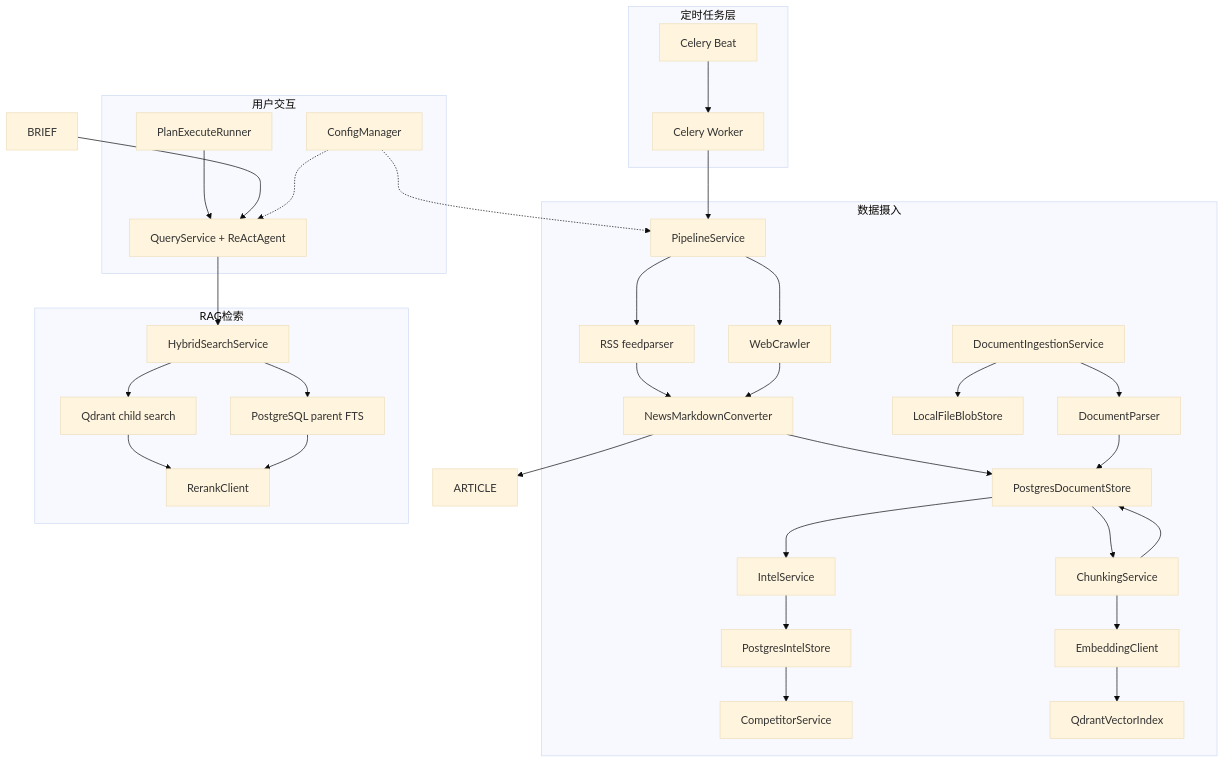
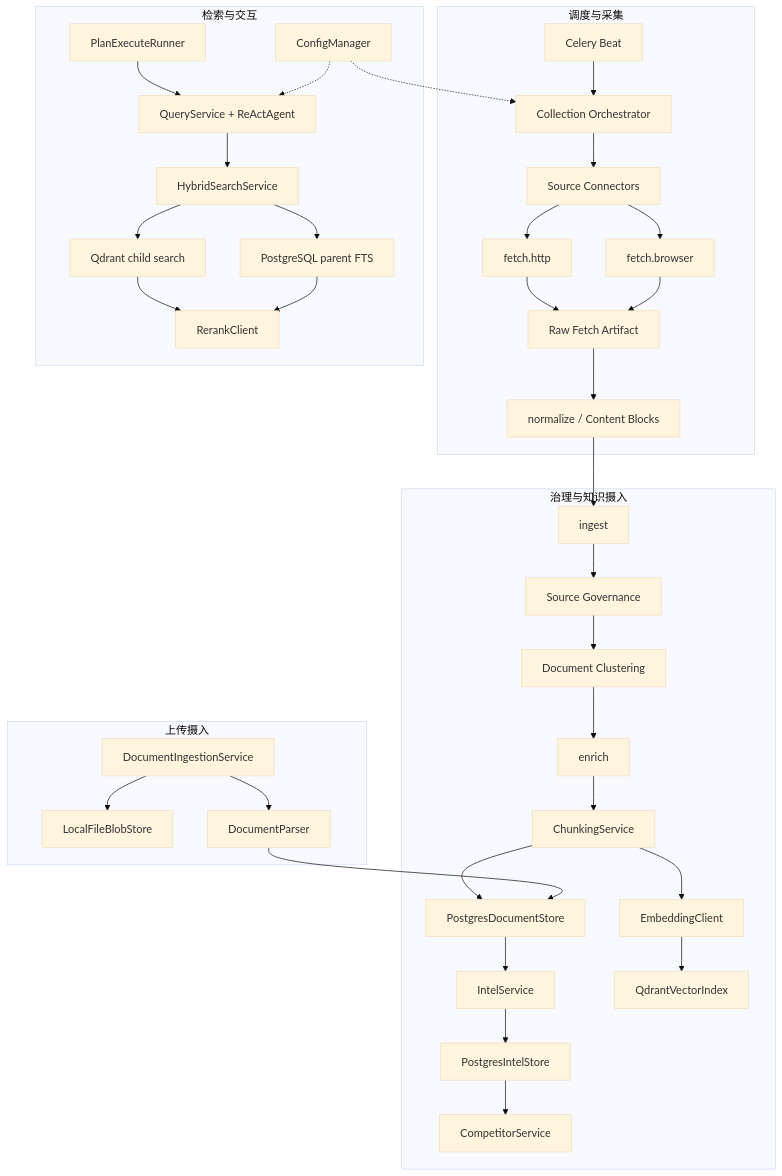
Before and after one commit to EtherealStar/InsightForge: the diagram in docs/flows/index.md, drawn with Mermaid (base theme). The commit also changed other lines of this file and 20 other files, not shown here.

Commit message:
docs(architecture): add ADRs and design docs for structured intelligence v2

````diff
--- a/docs/flows/index.md
+++ b/docs/flows/index.md
@@ -9,66 +7,66 @@
 ```mermaid
 graph TB
-    subgraph "定时任务层"
-        BEAT[Celery Beat]
-        WORKER[Celery Worker]
+    subgraph "调度与采集"
+        BEAT["Celery Beat"]
+        ORCH["Collection Orchestrator"]
+        CONNECT["Source Connectors"]
+        HTTP["fetch.http"]
+        BROWSER["fetch.browser"]
+        ARTIFACT["Raw Fetch Artifact"]
+        NORMALIZE["normalize / Content Blocks"]
     end
 
-    subgraph "数据摄入"
-        PIPELINE[PipelineService]
-        RSS[RSS feedparser]
-        CRAWL[WebCrawler]
-        MD[NewsMarkdownConverter]
-        DOC[PostgresDocumentStore]
-        INTEL[IntelService]
-        FACTS[PostgresIntelStore]
-        COMP[CompetitorService]
-        UPLOAD[DocumentIngestionService]
-        BLOB[LocalFileBlobStore]
-        PARSER[DocumentParser]
-        CHUNK[ChunkingService]
-        EMB[EmbeddingClient]
-        QD[QdrantVectorIndex]
+    subgraph "治理与知识摄入"
+        INGEST["ingest"]
+        GOVERN["Source Governance"]
+        CLUSTER["Document Clustering"]
+        ENRICH["enrich"]
+        DOC["PostgresDocumentStore"]
+        INTEL["IntelService"]
+        FACTS["PostgresIntelStore"]
+        COMP["CompetitorService"]
+        CHUNK["ChunkingService"]
+        EMB["EmbeddingClient"]
+        QD["QdrantVectorIndex"]
     end
 
-    subgraph "RAG检索"
-        HYBRID[HybridSearchService]
-        SEM[Qdrant child search]
-        KEY[PostgreSQL parent FTS]
-        RERANK[RerankClient]
+    subgraph "上传摄入"
+        UPLOAD["DocumentIngestionService"]
+        BLOB["LocalFileBlobStore"]
+        PARSER["DocumentParser"]
     end
 
-    subgraph "用户交互"
-        QUERY[QueryService + ReActAgent]
-        RESEARCH[PlanExecuteRunner]
-        CONFIG[ConfigManager]
+    subgraph "检索与交互"
+        HYBRID["HybridSearchService"]
+        SEM["Qdrant child search"]
+        KEY["PostgreSQL parent FTS"]
+        RERANK["RerankClient"]
+        QUERY["QueryService + ReActAgent"]
+        RESEARCH["PlanExecuteRunner"]
+        CONFIG["ConfigManager"]
     end
 
-    BEAT --> WORKER --> PIPELINE
-    PIPELINE --> RSS
-    PIPELINE --> CRAWL
-    RSS --> MD
-    CRAWL --> MD
-    MD --> ARTICLE
-    MD --> DOC
-    DOC --> INTEL
-    INTEL --> FACTS
-    FACTS --> COMP
+    BEAT --> ORCH --> CONNECT
+    CONNECT --> HTTP
+    CONNECT --> BROWSER
+    HTTP --> ARTIFACT
+    BROWSER --> ARTIFACT
+    ARTIFACT --> NORMALIZE --> INGEST
+    INGEST --> GOVERN --> CLUSTER --> ENRICH
+    ENRICH --> CHUNK
+    CHUNK --> DOC
+    CHUNK --> EMB --> QD
+    DOC --> INTEL --> FACTS --> COMP
+
     UPLOAD --> BLOB
-    UPLOAD --> PARSER
-    PARSER --> DOC
-    DOC --> CHUNK
-    CHUNK --> DOC
-    CHUNK --> EMB
-    EMB --> QD
+    UPLOAD --> PARSER --> DOC
 
     QUERY --> HYBRID
     HYBRID --> SEM
     HYBRID --> KEY
     SEM --> RERANK
     KEY --> RERANK
-
     RESEARCH --> QUERY
-    BRIEF --> QUERY
-    CONFIG -.-> PIPELINE
+    CONFIG -.-> ORCH
     CONFIG -.-> QUERY
 ```
````
